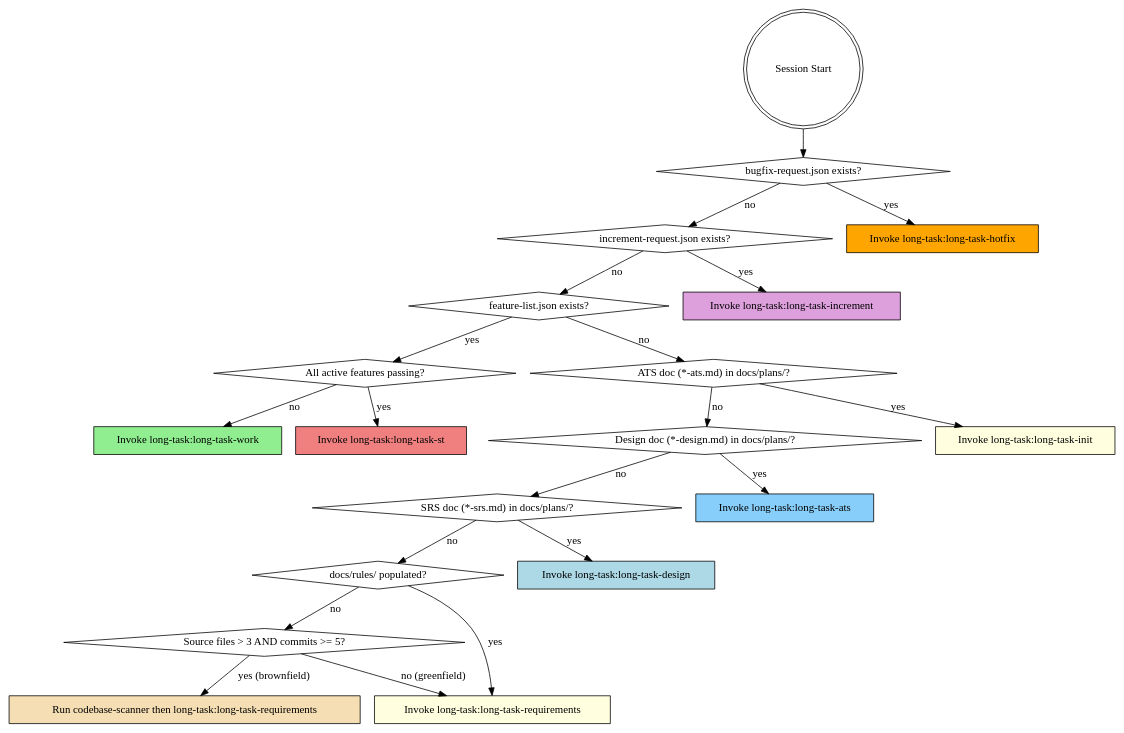
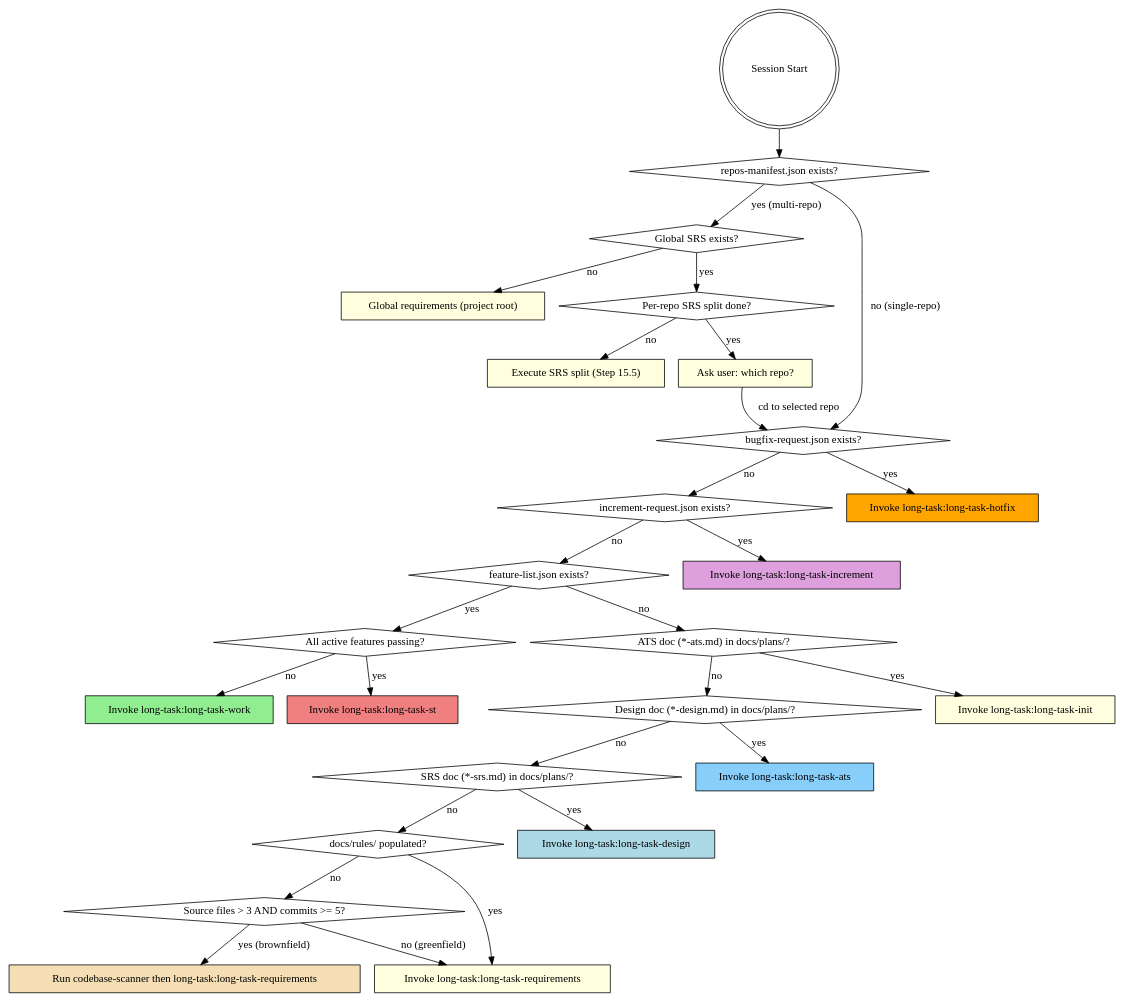
Before and after one commit to suriyel/longtaskforagent: the diagram in skills/using-long-task/SKILL.md, drawn with Graphviz. The commit also changed other lines of this file and 2 other files, not shown here.

Commit message:
fix: address 5 review issues in multi-repo implementation
1. Hook: use relative paths for init script copy (consistent with manifest)
2. Router: "not yet split" executes Step 15.5 inline instead of re-invoking
   full requirements skill (which would restart from Step 1)
3. Requirements Step 15.5: remove duplicate codebase-scanner dispatch —
   the router's Phase 0-pre handles this when user enters a sub-repo
4. Router dot graph: add multi-repo detection nodes (repos-manifest,
   global SRS check, split check, repo selection)

````diff
--- a/skills/using-long-task/SKILL.md
+++ b/skills/using-long-task/SKILL.md
@@ -24,43 +24,57 @@
 ```dot
 digraph phase_detection {
     "Session Start" [shape=doublecircle];
+    "repos-manifest.json exists?" [shape=diamond];
+    "Global SRS exists?" [shape=diamond];
+    "Per-repo SRS split done?" [shape=diamond];
+    "Ask user: which repo?" [shape=box style=filled fillcolor=lightyellow];
+    "Global requirements (project root)" [shape=box style=filled fillcolor=lightyellow];
+    "Execute SRS split (Step 15.5)" [shape=box style=filled fillcolor=lightyellow];
     "bugfix-request.json exists?" [shape=diamond];
     "increment-request.json exists?" [shape=diamond];
     "feature-list.json exists?" [shape=diamond];
     "All active features passing?" [shape=diamond];
     "Design doc (*-design.md) in docs/plans/?" [shape=diamond];
     "ATS doc (*-ats.md) in docs/plans/?" [shape=diamond];
     "SRS doc (*-srs.md) in docs/plans/?" [shape=diamond];
     "docs/rules/ populated?" [shape=diamond];
     "Source files > 3 AND commits >= 5?" [shape=diamond];
     "Invoke long-task:long-task-hotfix" [shape=box style=filled fillcolor=orange];
     "Invoke long-task:long-task-increment" [shape=box style=filled fillcolor=plum];
     "Invoke long-task:long-task-requirements" [shape=box style=filled fillcolor=lightyellow];
     "Run codebase-scanner then long-task:long-task-requirements" [shape=box style=filled fillcolor=wheat];
     "Invoke long-task:long-task-design" [shape=box style=filled fillcolor=lightblue];
     "Invoke long-task:long-task-ats" [shape=box style=filled fillcolor=lightskyblue];
     "Invoke long-task:long-task-init" [shape=box style=filled fillcolor=lightyellow];
     "Invoke long-task:long-task-work" [shape=box style=filled fillcolor=lightgreen];
     "Invoke long-task:long-task-st" [shape=box style=filled fillcolor=lightcoral];
 
-    "Session Start" -> "bugfix-request.json exists?";
+    "Session Start" -> "repos-manifest.json exists?";
+    "repos-manifest.json exists?" -> "Global SRS exists?" [label="yes (multi-repo)"];
+    "repos-manifest.json exists?" -> "bugfix-request.json exists?" [label="no (single-repo)"];
+    "Global SRS exists?" -> "Global requirements (project root)" [label="no"];
+    "Global SRS exists?" -> "Per-repo SRS split done?" [label="yes"];
+    "Per-repo SRS split done?" -> "Execute SRS split (Step 15.5)" [label="no"];
+    "Per-repo SRS split done?" -> "Ask user: which repo?" [label="yes"];
+    "Ask user: which repo?" -> "bugfix-request.json exists?" [label="cd to selected repo"];
+
     "bugfix-request.json exists?" -> "Invoke long-task:long-task-hotfix" [label="yes"];
     "bugfix-request.json exists?" -> "increment-request.json exists?" [label="no"];
     "increment-request.json exists?" -> "Invoke long-task:long-task-increment" [label="yes"];
     "increment-request.json exists?" -> "feature-list.json exists?" [label="no"];
     "feature-list.json exists?" -> "All active features passing?" [label="yes"];
     "All active features passing?" -> "Invoke long-task:long-task-st" [label="yes"];
     "All active features passing?" -> "Invoke long-task:long-task-work" [label="no"];
     "feature-list.json exists?" -> "ATS doc (*-ats.md) in docs/plans/?" [label="no"];
     "ATS doc (*-ats.md) in docs/plans/?" -> "Invoke long-task:long-task-init" [label="yes"];
     "ATS doc (*-ats.md) in docs/plans/?" -> "Design doc (*-design.md) in docs/plans/?" [label="no"];
     "Design doc (*-design.md) in docs/plans/?" -> "Invoke long-task:long-task-ats" [label="yes"];
     "Design doc (*-design.md) in docs/plans/?" -> "SRS doc (*-srs.md) in docs/plans/?" [label="no"];
     "SRS doc (*-srs.md) in docs/plans/?" -> "Invoke long-task:long-task-design" [label="yes"];
     "SRS doc (*-srs.md) in docs/plans/?" -> "docs/rules/ populated?" [label="no"];
     "docs/rules/ populated?" -> "Invoke long-task:long-task-requirements" [label="yes"];
     "docs/rules/ populated?" -> "Source files > 3 AND commits >= 5?" [label="no"];
     "Source files > 3 AND commits >= 5?" -> "Run codebase-scanner then long-task:long-task-requirements" [label="yes (brownfield)"];
     "Source files > 3 AND commits >= 5?" -> "Invoke long-task:long-task-requirements" [label="no (greenfield)"];
 }
 ```
````
